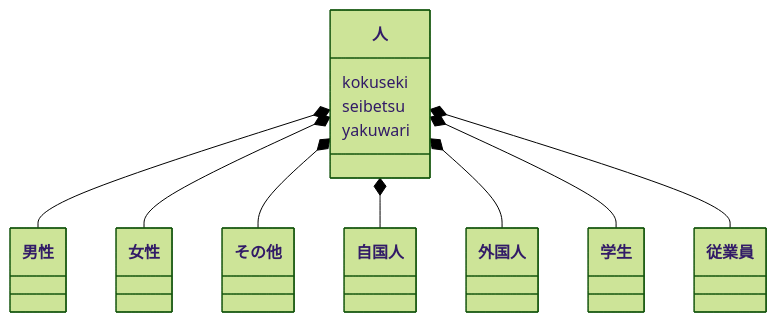
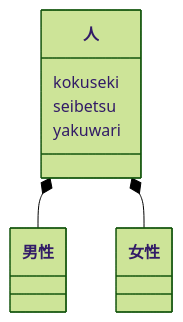
Before and after one commit to tpu-game-2022/mermaid_test: the second of 2 diagrams in README.md, drawn with Mermaid (forest theme).

Commit message:
クラス図テスト02

````diff
--- a/README.md
+++ b/README.md
@@ -55,14 +55,9 @@
 ```mermaid
   classDiagram
   人 : kokuseki
   人 : seibetsu
   人 : yakuwari
   人 *-- 男性
   人 *-- 女性
-  人 *-- その他
-  人 *-- 自国人
-  人 *-- 外国人
-  人 *-- 学生
-  人 *-- 従業員
-
+ 
 ```
````
